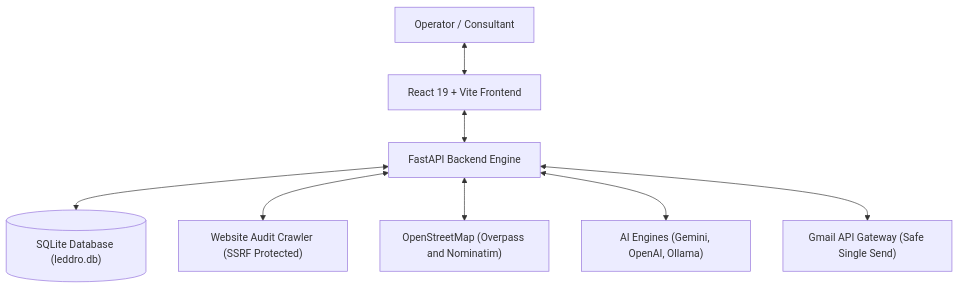
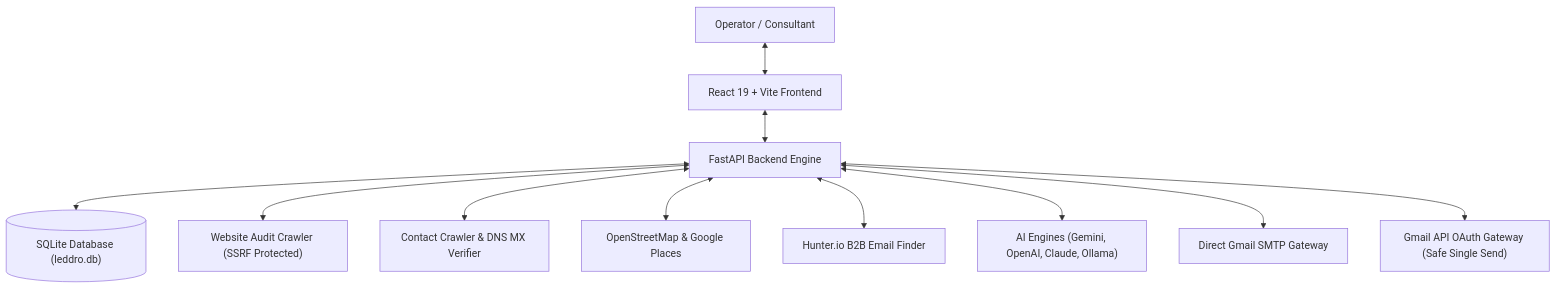
Before and after one commit to PrajwalTheCoder/Leddro: the second of 2 diagrams in README.md, drawn with Mermaid. The commit also changed other lines of this file, not shown here.

Commit message:
docs: comprehensive README rewrite with architecture and feature guides (Phase 9)

````diff
--- a/README.md
+++ b/README.md
@@ -658,10 +897,13 @@
 ```mermaid
 flowchart TD
     User["Operator / Consultant"] <--> UI["React 19 + Vite Frontend"]
     UI <--> API["FastAPI Backend Engine"]
     API <--> DB[("SQLite Database (leddro.db)")]
     API <--> Audits["Website Audit Crawler (SSRF Protected)"]
-    API <--> Discovery["OpenStreetMap (Overpass and Nominatim)"]
-    API <--> AI["AI Engines (Gemini, OpenAI, Ollama)"]
-    API <--> Gmail["Gmail API Gateway (Safe Single Send)"]
+    API <--> Contacts["Contact Crawler & DNS MX Verifier"]
+    API <--> Discovery["OpenStreetMap & Google Places"]
+    API <--> Hunter["Hunter.io B2B Email Finder"]
+    API <--> AI["AI Engines (Gemini, OpenAI, Claude, Ollama)"]
+    API <--> SMTP["Direct Gmail SMTP Gateway"]
+    API <--> Gmail["Gmail API OAuth Gateway (Safe Single Send)"]
 ```
````
